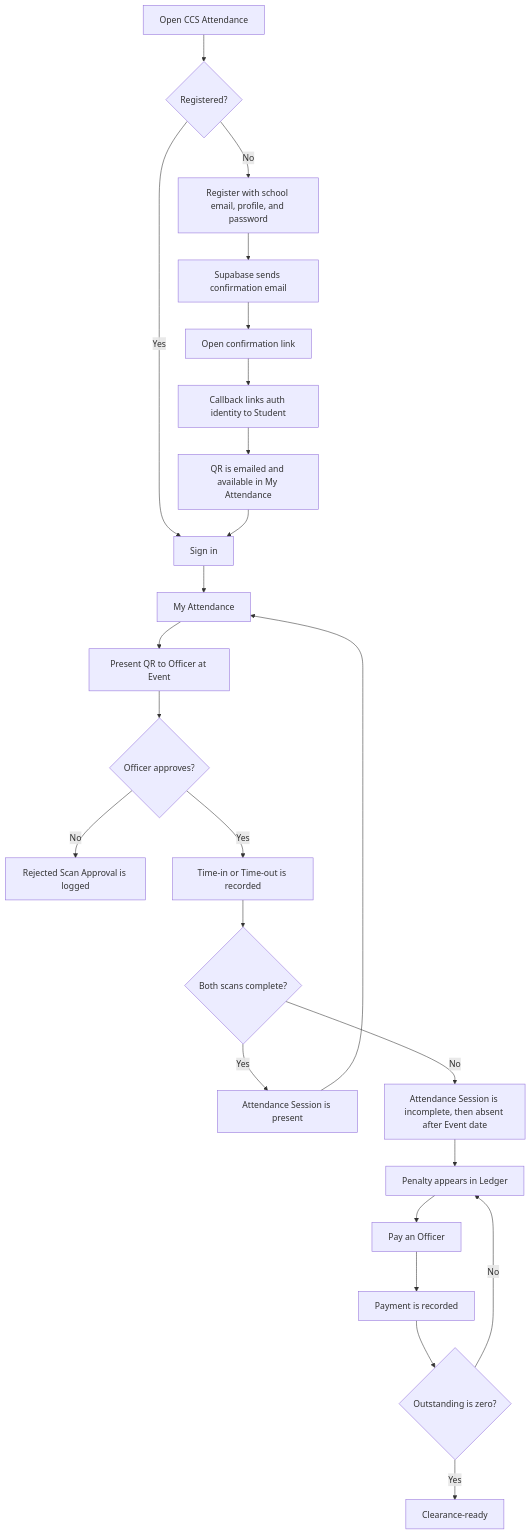
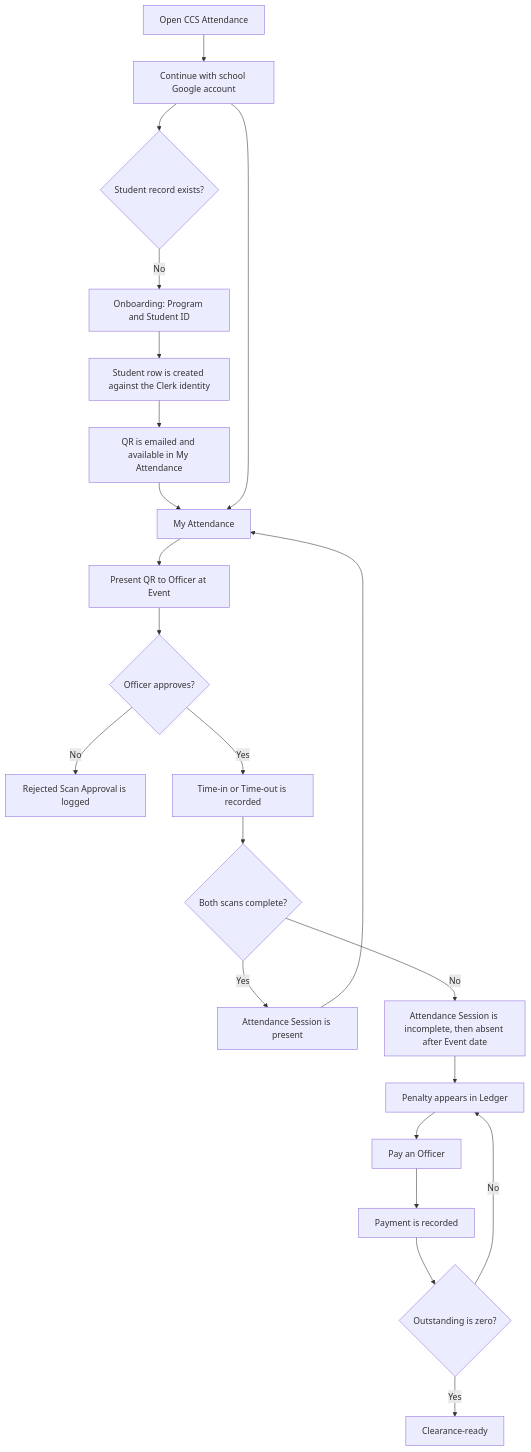
Before and after one commit to NCF-CCS-Opensource/csc: the diagram in docs/flows/student-user-flow.md, drawn with Mermaid. The commit also changed other lines of this file and 25 other files, not shown here.

First line of the commit message:
feat(auth): remove Supabase Auth from the web application (#85)

````diff
--- a/docs/flows/student-user-flow.md
+++ b/docs/flows/student-user-flow.md
@@ -7,26 +7,24 @@
 ```mermaid
 flowchart TD
-    A[Open CCS Attendance] --> B{Registered?}
-    B -- No --> C[Register with school email, profile, and password]
-    C --> D[Supabase sends confirmation email]
-    D --> E[Open confirmation link]
-    E --> F[Callback links auth identity to Student]
+    A[Open CCS Attendance] --> H[Continue with school Google account]
+    H --> B{Student record exists?}
+    B -- No --> C[Onboarding: Program and Student ID]
+    C --> F[Student row is created against the Clerk identity]
     F --> G[QR is emailed and available in My Attendance]
-    B -- Yes --> H[Sign in]
-    G --> H
+    G --> I
     H --> I[My Attendance]
     I --> J[Present QR to Officer at Event]
     J --> K{Officer approves?}
     K -- No --> L[Rejected Scan Approval is logged]
     K -- Yes --> M[Time-in or Time-out is recorded]
     M --> N{Both scans complete?}
     N -- Yes --> O[Attendance Session is present]
     N -- No --> P[Attendance Session is incomplete, then absent after Event date]
     O --> I
     P --> Q[Penalty appears in Ledger]
     Q --> R[Pay an Officer]
     R --> S[Payment is recorded]
     S --> T{Outstanding is zero?}
     T -- Yes --> U[Clearance-ready]
     T -- No --> Q
 ```
````
